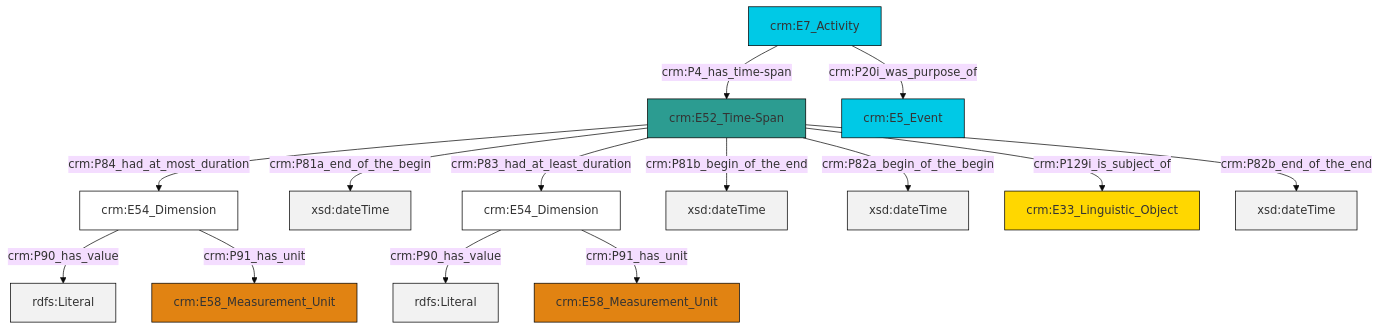
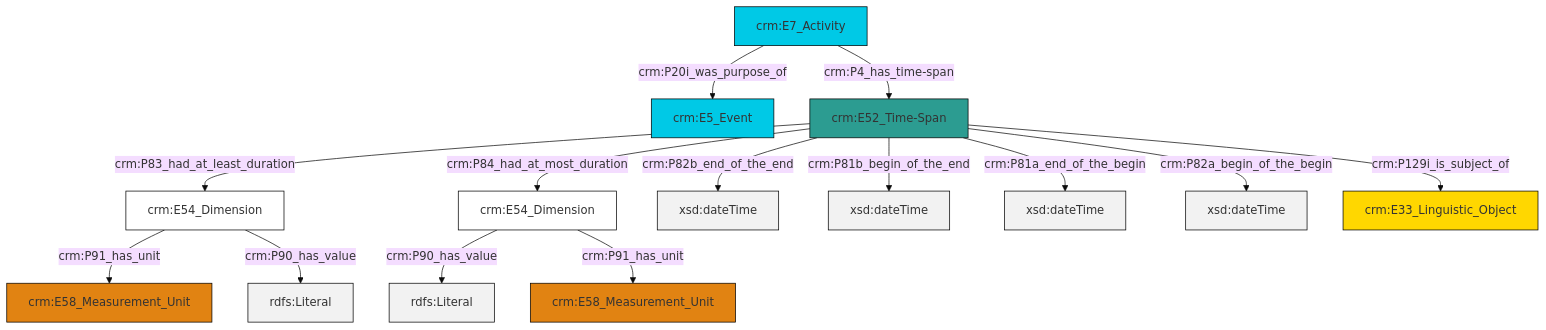
The diagram in et/eventCSV/ttl/mmd/event_existence.ttl.mmd (swiss-art-research-net/docs.swissartresearch), drawn with Mermaid (base theme) before and after one commit. The commit also changed 172 other files, not shown here.

```diff
--- a/et/eventCSV/ttl/mmd/event_existence.ttl.mmd
+++ b/et/eventCSV/ttl/mmd/event_existence.ttl.mmd
@@ -1,28 +1,28 @@
 graph TD
 classDef Literal fill:#f2f2f2,stroke:#000000;
 classDef CRM_Entity fill:#FFFFFF,stroke:#000000;
 classDef Temporal_Entity fill:#00C9E6, stroke:#000000;
 classDef Type fill:#E18312, stroke:#000000;
 classDef Time-Span fill:#2C9C91, stroke:#000000;
 classDef Appellation fill:#FFEB7F, stroke:#000000;
 classDef Place fill:#008836, stroke:#000000;
 classDef Persistent_Item fill:#B266B2, stroke:#000000;
 classDef Conceptual_Object fill:#FFD700, stroke:#000000;
 classDef Physical_Thing fill:#D2B48C, stroke:#000000;
 classDef Actor fill:#f58aad, stroke:#000000;
 classDef PC_Classes fill:#4ce600, stroke:#000000;
 classDef Multi fill:#cccccc,stroke:#000000;
 
-0["crm:E52_Time-Span"]:::Time-Span -->|crm:P84_had_at_most_duration| 1["crm:E54_Dimension"]:::CRM_Entity
-0["crm:E52_Time-Span"]:::Time-Span -->|crm:P81a_end_of_the_begin| 2[xsd:dateTime]:::Literal
-3["crm:E7_Activity"]:::Temporal_Entity -->|crm:P4_has_time-span| 0["crm:E52_Time-Span"]:::Time-Span
-1["crm:E54_Dimension"]:::CRM_Entity -->|crm:P90_has_value| 4[rdfs:Literal]:::Literal
-0["crm:E52_Time-Span"]:::Time-Span -->|crm:P83_had_at_least_duration| 5["crm:E54_Dimension"]:::CRM_Entity
-0["crm:E52_Time-Span"]:::Time-Span -->|crm:P81b_begin_of_the_end| 6[xsd:dateTime]:::Literal
-3["crm:E7_Activity"]:::Temporal_Entity -->|crm:P20i_was_purpose_of| 7["crm:E5_Event"]:::Temporal_Entity
-0["crm:E52_Time-Span"]:::Time-Span -->|crm:P82a_begin_of_the_begin| 10[xsd:dateTime]:::Literal
+2["crm:E54_Dimension"]:::CRM_Entity -->|crm:P91_has_unit| 3["crm:E58_Measurement_Unit"]:::Type
+4["crm:E52_Time-Span"]:::Time-Span -->|crm:P83_had_at_least_duration| 2["crm:E54_Dimension"]:::CRM_Entity
+4["crm:E52_Time-Span"]:::Time-Span -->|crm:P84_had_at_most_duration| 5["crm:E54_Dimension"]:::CRM_Entity
+4["crm:E52_Time-Span"]:::Time-Span -->|crm:P82b_end_of_the_end| 6[xsd:dateTime]:::Literal
+4["crm:E52_Time-Span"]:::Time-Span -->|crm:P81b_begin_of_the_end| 10[xsd:dateTime]:::Literal
+4["crm:E52_Time-Span"]:::Time-Span -->|crm:P81a_end_of_the_begin| 11[xsd:dateTime]:::Literal
+2["crm:E54_Dimension"]:::CRM_Entity -->|crm:P90_has_value| 12[rdfs:Literal]:::Literal
+4["crm:E52_Time-Span"]:::Time-Span -->|crm:P82a_begin_of_the_begin| 13[xsd:dateTime]:::Literal
 5["crm:E54_Dimension"]:::CRM_Entity -->|crm:P90_has_value| 15[rdfs:Literal]:::Literal
-0["crm:E52_Time-Span"]:::Time-Span -->|crm:P129i_is_subject_of| 11["crm:E33_Linguistic_Object"]:::Conceptual_Object
-5["crm:E54_Dimension"]:::CRM_Entity -->|crm:P91_has_unit| 8["crm:E58_Measurement_Unit"]:::Type
-0["crm:E52_Time-Span"]:::Time-Span -->|crm:P82b_end_of_the_end| 18[xsd:dateTime]:::Literal
-1["crm:E54_Dimension"]:::CRM_Entity -->|crm:P91_has_unit| 13["crm:E58_Measurement_Unit"]:::Type
+7["crm:E7_Activity"]:::Temporal_Entity -->|crm:P20i_was_purpose_of| 0["crm:E5_Event"]:::Temporal_Entity
+5["crm:E54_Dimension"]:::CRM_Entity -->|crm:P91_has_unit| 17["crm:E58_Measurement_Unit"]:::Type
+7["crm:E7_Activity"]:::Temporal_Entity -->|crm:P4_has_time-span| 4["crm:E52_Time-Span"]:::Time-Span
+4["crm:E52_Time-Span"]:::Time-Span -->|crm:P129i_is_subject_of| 20["crm:E33_Linguistic_Object"]:::Conceptual_Object
```
